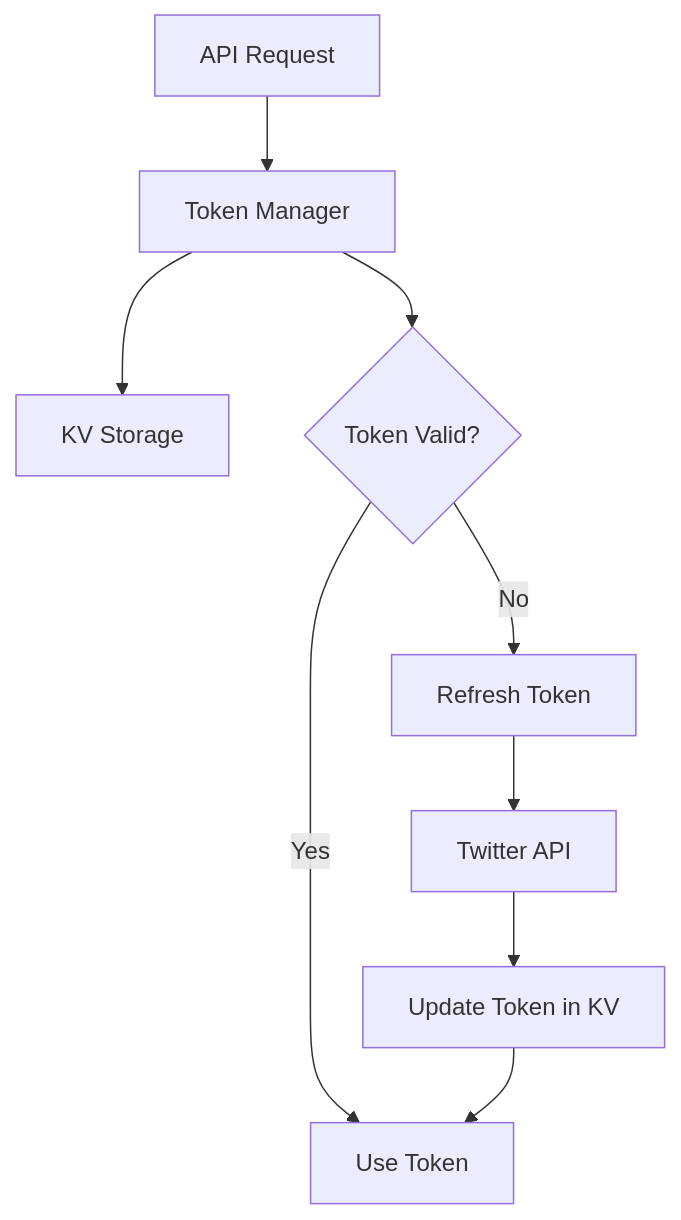
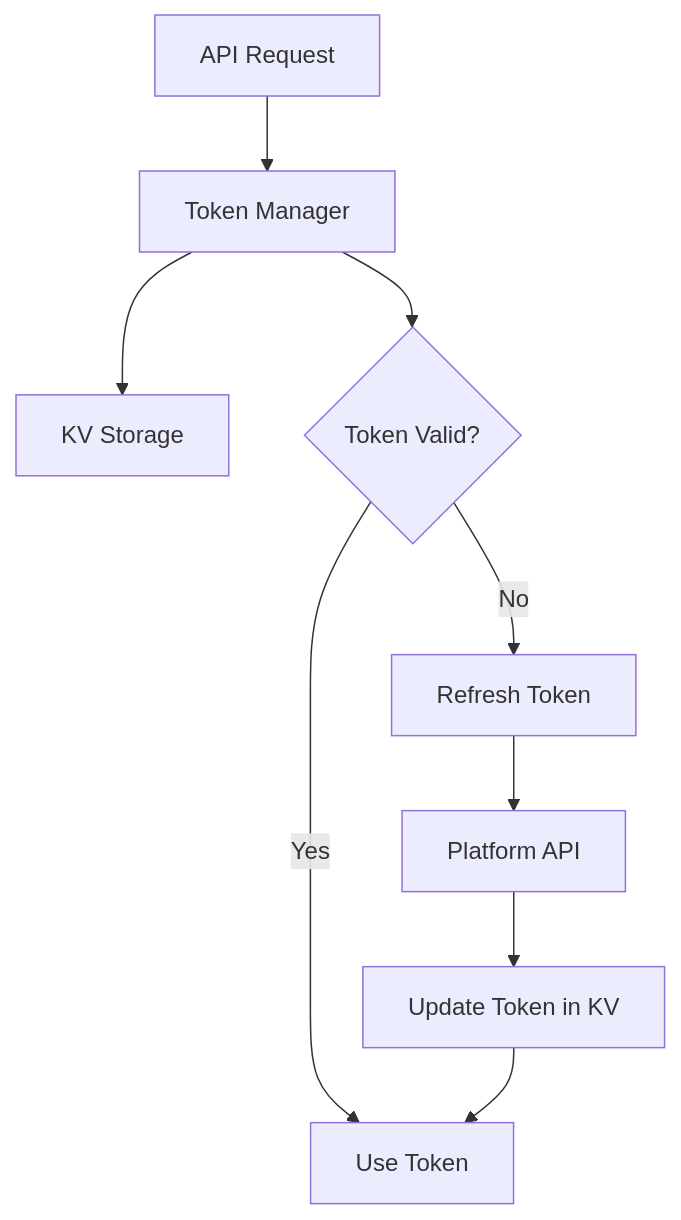
The seventh of 17 diagrams in memory-bank/systemPatterns.md (open-crosspost/open-crosspost-proxy-service), drawn with Mermaid before and after one commit. The commit also changed other lines of this file and 87 other files, not shown here.

````diff
--- a/memory-bank/systemPatterns.md
+++ b/memory-bank/systemPatterns.md
@@ -78,11 +115,11 @@
 ```mermaid
 flowchart TD
     Request[API Request] --> TokenManager[Token Manager]
     TokenManager --> KV[KV Storage]
     TokenManager --> Valid{Token Valid?}
     Valid -->|Yes| UseToken[Use Token]
     Valid -->|No| Refresh[Refresh Token]
-    Refresh --> Twitter[Twitter API]
-    Twitter --> UpdateToken[Update Token in KV]
+    Refresh --> Platform[Platform API]
+    Platform --> UpdateToken[Update Token in KV]
     UpdateToken --> UseToken
 ```
````
